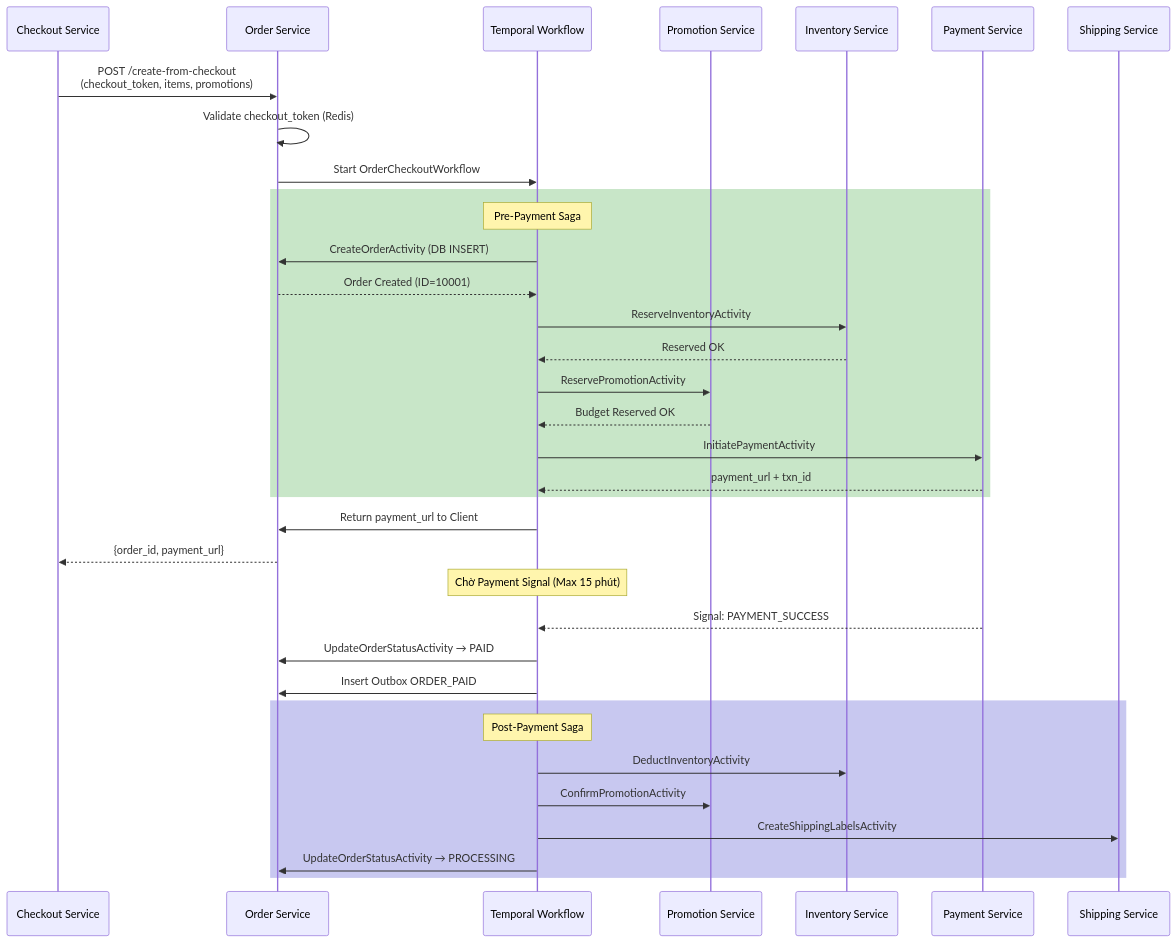
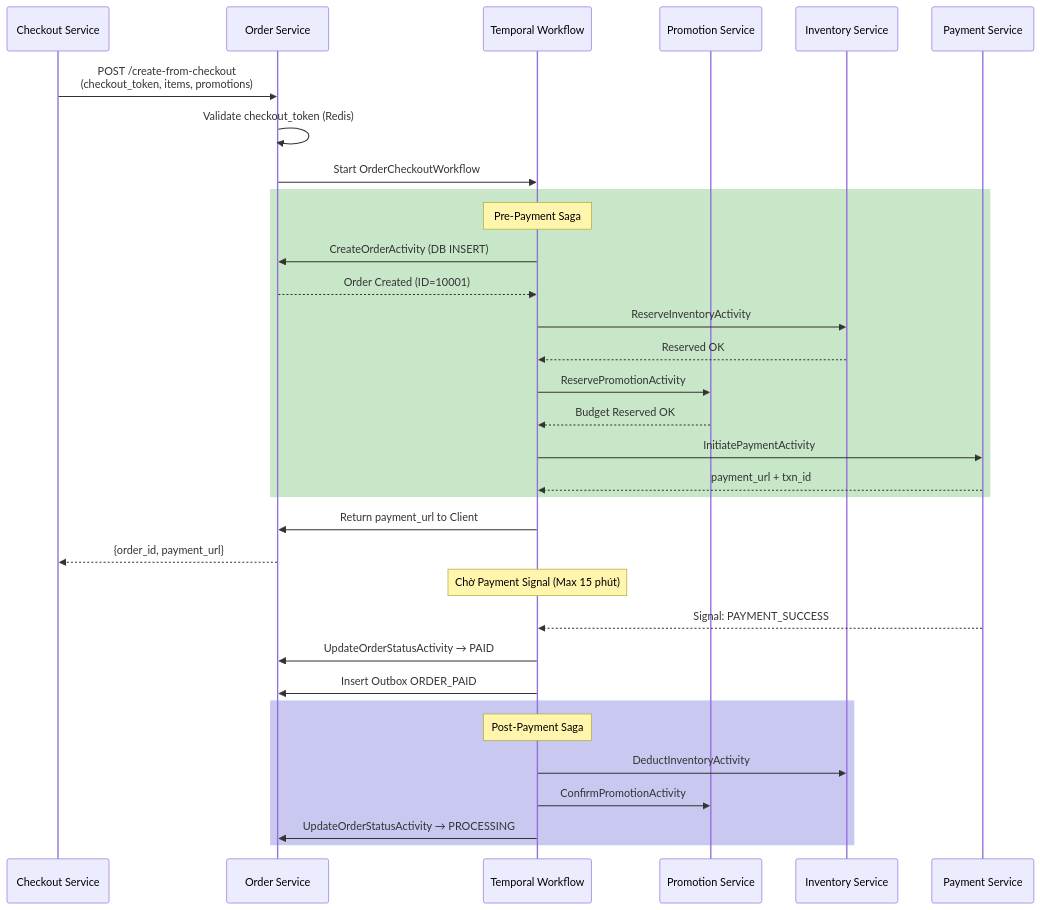
The diagram in docs/order/order_workflow.md (quangdung2110/e-commerce-microservices), drawn with Mermaid before and after one commit. The commit also changed other lines of this file and 38 other files, not shown here.

First line of the commit message:
Phase 14: Remove Shipping Service & Free-Ship Voucher

````diff
--- a/docs/order/order_workflow.md
+++ b/docs/order/order_workflow.md
@@ -197,42 +196,40 @@
 ```mermaid
 sequenceDiagram
     participant CK as Checkout Service
     participant OS as Order Service
     participant TW as Temporal Workflow
     participant PM as Promotion Service
     participant IV as Inventory Service
     participant PY as Payment Service
-    participant SH as Shipping Service
 
     CK->>OS: POST /create-from-checkout<br>(checkout_token, items, promotions)
     OS->>OS: Validate checkout_token (Redis)
     OS->>TW: Start OrderCheckoutWorkflow
 
     rect rgb(200, 230, 200)
     Note over TW: Pre-Payment Saga
     TW->>OS: CreateOrderActivity (DB INSERT)
     OS-->>TW: Order Created (ID=10001)
    TW->>IV: ReserveInventoryActivity
    IV-->>TW: Reserved OK
    TW->>PM: ReservePromotionActivity
    PM-->>TW: Budget Reserved OK
     TW->>PY: InitiatePaymentActivity
     PY-->>TW: payment_url + txn_id
     end
 
     TW->>OS: Return payment_url to Client
     OS-->>CK: {order_id, payment_url}
 
     Note over TW: Chờ Payment Signal (Max 15 phút)
     PY-->>TW: Signal: PAYMENT_SUCCESS
    TW->>OS: UpdateOrderStatusActivity → PAID
    TW->>OS: Insert Outbox ORDER_PAID
 
     rect rgb(200, 200, 240)
     Note over TW: Post-Payment Saga
     TW->>IV: DeductInventoryActivity
     TW->>PM: ConfirmPromotionActivity
-   TW->>SH: CreateShippingLabelsActivity
-   TW->>OS: UpdateOrderStatusActivity → PROCESSING
+    TW->>OS: UpdateOrderStatusActivity → PROCESSING
     end
 ```
````
